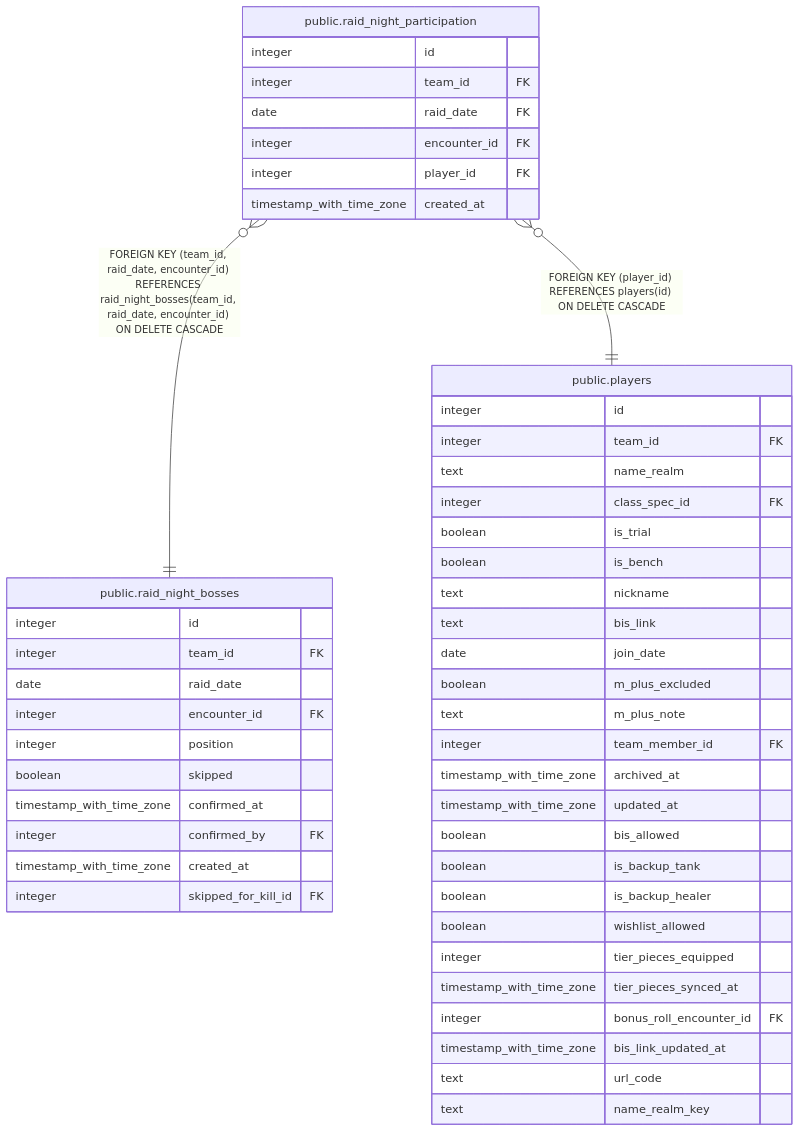
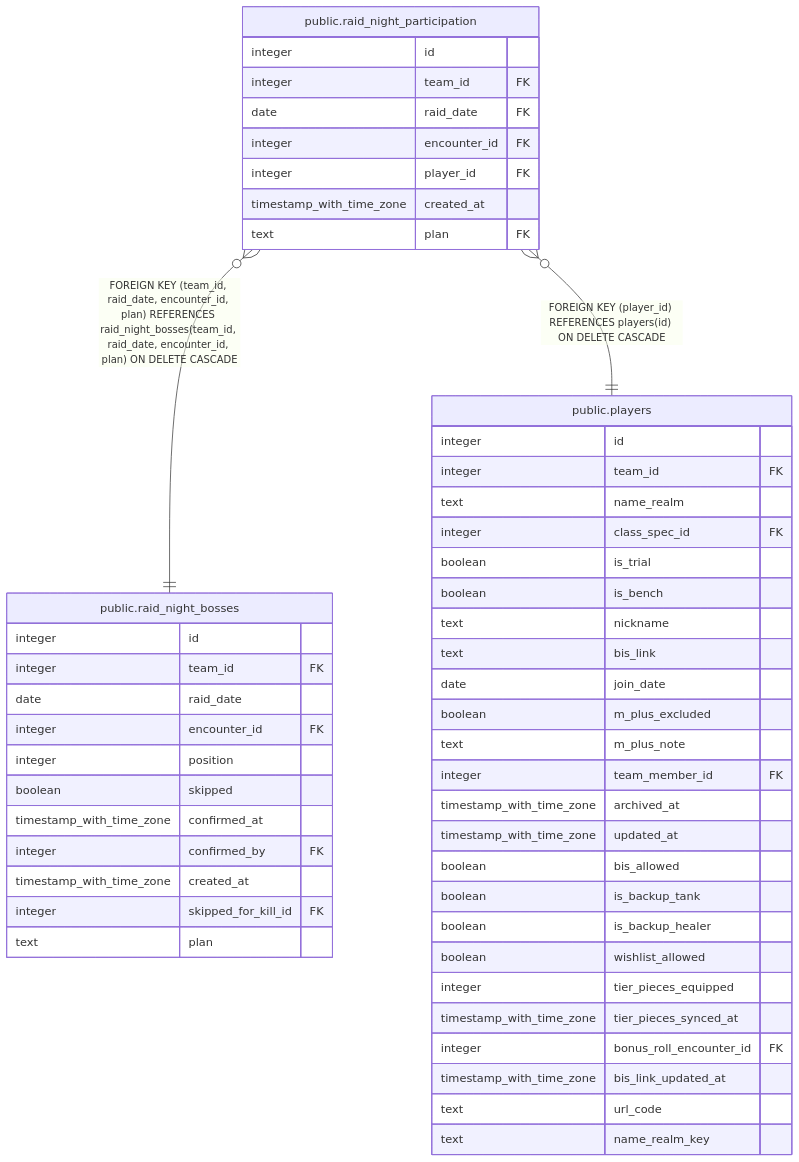
One commit to katogaming88/WGA-Raid-Hub changed the diagram in dbdoc/public.raid_night_participation.md. Above: the diagram before and after it, drawn with Mermaid. The commit also changed other lines of this file and 42 other files, not shown here.

Commit message:
#1688: a Heroic plan and a Mythic plan for boss groups and night lineups (part 1: database, sync, Discord)

````diff
--- a/dbdoc/public.raid_night_participation.md
+++ b/dbdoc/public.raid_night_participation.md
@@ -43,53 +45,55 @@
 ```mermaid
 erDiagram
 
-"public.raid_night_participation" }o--|| "public.raid_night_bosses" : "FOREIGN KEY (team_id, raid_date, encounter_id) REFERENCES raid_night_bosses(team_id, raid_date, encounter_id) ON DELETE CASCADE"
+"public.raid_night_participation" }o--|| "public.raid_night_bosses" : "FOREIGN KEY (team_id, raid_date, encounter_id, plan) REFERENCES raid_night_bosses(team_id, raid_date, encounter_id, plan) ON DELETE CASCADE"
 "public.raid_night_participation" }o--|| "public.players" : "FOREIGN KEY (player_id) REFERENCES players(id) ON DELETE CASCADE"
 
 "public.raid_night_participation" {
   integer id
   integer team_id FK
   date raid_date FK
   integer encounter_id FK
   integer player_id FK
   timestamp_with_time_zone created_at
+  text plan FK
 }
 "public.raid_night_bosses" {
   integer id
   integer team_id FK
   date raid_date
   integer encounter_id FK
   integer position
   boolean skipped
   timestamp_with_time_zone confirmed_at
   integer confirmed_by FK
   timestamp_with_time_zone created_at
   integer skipped_for_kill_id FK
+  text plan
 }
 "public.players" {
   integer id
   integer team_id FK
   text name_realm
   integer class_spec_id FK
   boolean is_trial
   boolean is_bench
   text nickname
   text bis_link
   date join_date
   boolean m_plus_excluded
   text m_plus_note
   integer team_member_id FK
   timestamp_with_time_zone archived_at
   timestamp_with_time_zone updated_at
   boolean bis_allowed
   boolean is_backup_tank
   boolean is_backup_healer
   boolean wishlist_allowed
   integer tier_pieces_equipped
   timestamp_with_time_zone tier_pieces_synced_at
   integer bonus_roll_encounter_id FK
   timestamp_with_time_zone bis_link_updated_at
   text url_code
   text name_realm_key
 }
 ```
````
